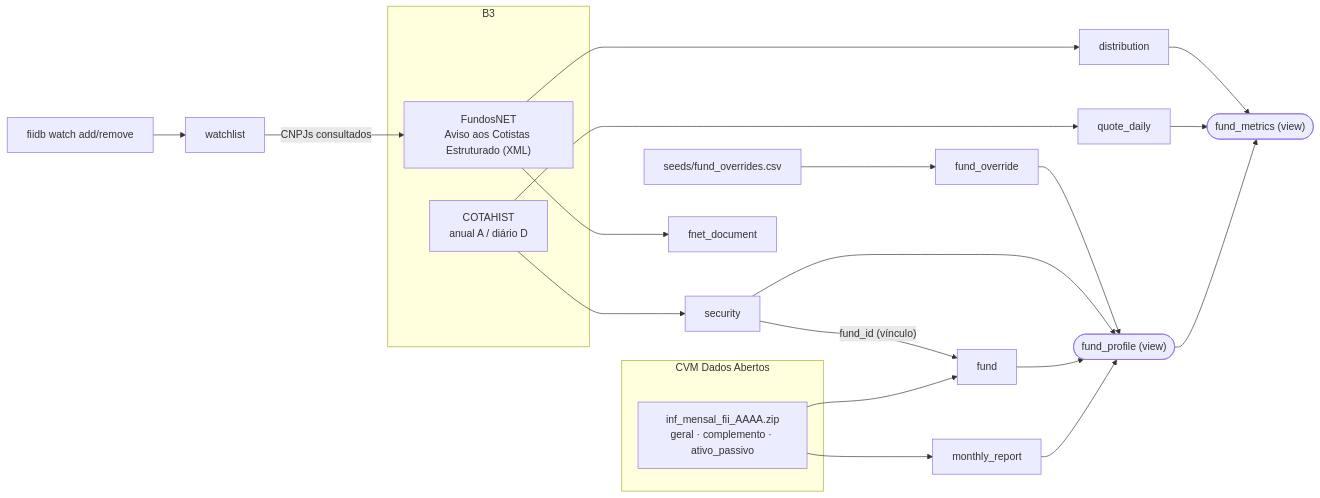
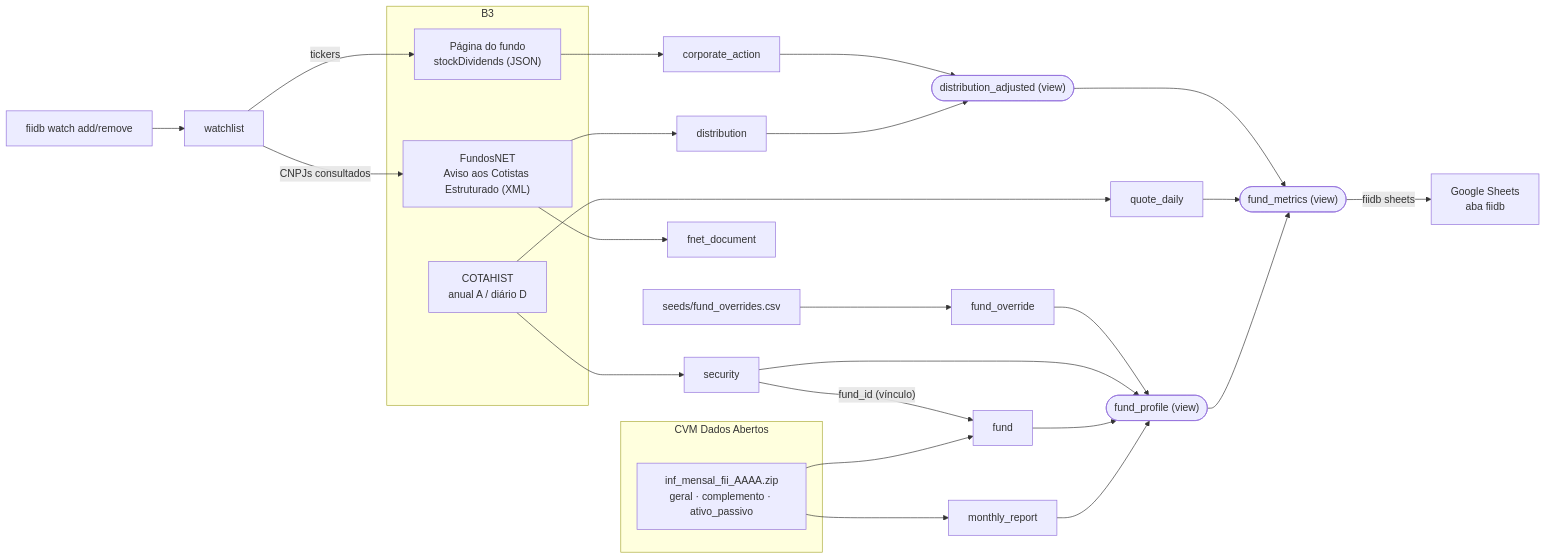
Before and after one commit to joao-sallaberry/fiidb: the diagram in docs/ingestion.md, drawn with Mermaid. The commit also changed other lines of this file and 14 other files, not shown here.

First line of the commit message:
Write watchlist funds to Google Sheets and adjust for splits

````diff
--- a/docs/ingestion.md
+++ b/docs/ingestion.md
@@ -8,31 +8,37 @@
 ```mermaid
 flowchart LR
     subgraph CVM["CVM Dados Abertos"]
         IM["inf_mensal_fii_AAAA.zip<br/>geral · complemento · ativo_passivo"]
     end
     subgraph B3
         CH["COTAHIST<br/>anual A / diário D"]
         FN["FundosNET<br/>Aviso aos Cotistas Estruturado (XML)"]
+        BF["Página do fundo<br/>stockDividends (JSON)"]
     end
     SEED["seeds/fund_overrides.csv"]
     CLI["fiidb watch add/remove"]
 
     IM --> fund
     IM --> monthly_report
     CH --> quote_daily
     CH --> security
     CLI --> watchlist
     watchlist -- "CNPJs consultados" --> FN
     FN --> fnet_document
     FN --> distribution
+    watchlist -- "tickers" --> BF
+    BF --> corporate_action
     SEED --> fund_override
 
     security -- "fund_id (vínculo)" --> fund
     monthly_report --> fund_profile(["fund_profile (view)"])
     fund --> fund_profile
     security --> fund_profile
     fund_override --> fund_profile
     fund_profile --> fund_metrics(["fund_metrics (view)"])
     quote_daily --> fund_metrics
-    distribution --> fund_metrics
+    distribution --> distribution_adjusted(["distribution_adjusted (view)"])
+    corporate_action --> distribution_adjusted
+    distribution_adjusted --> fund_metrics
+    fund_metrics -- "fiidb sheets" --> SHEET["Google Sheets<br/>aba fiidb"]
 ```
````
